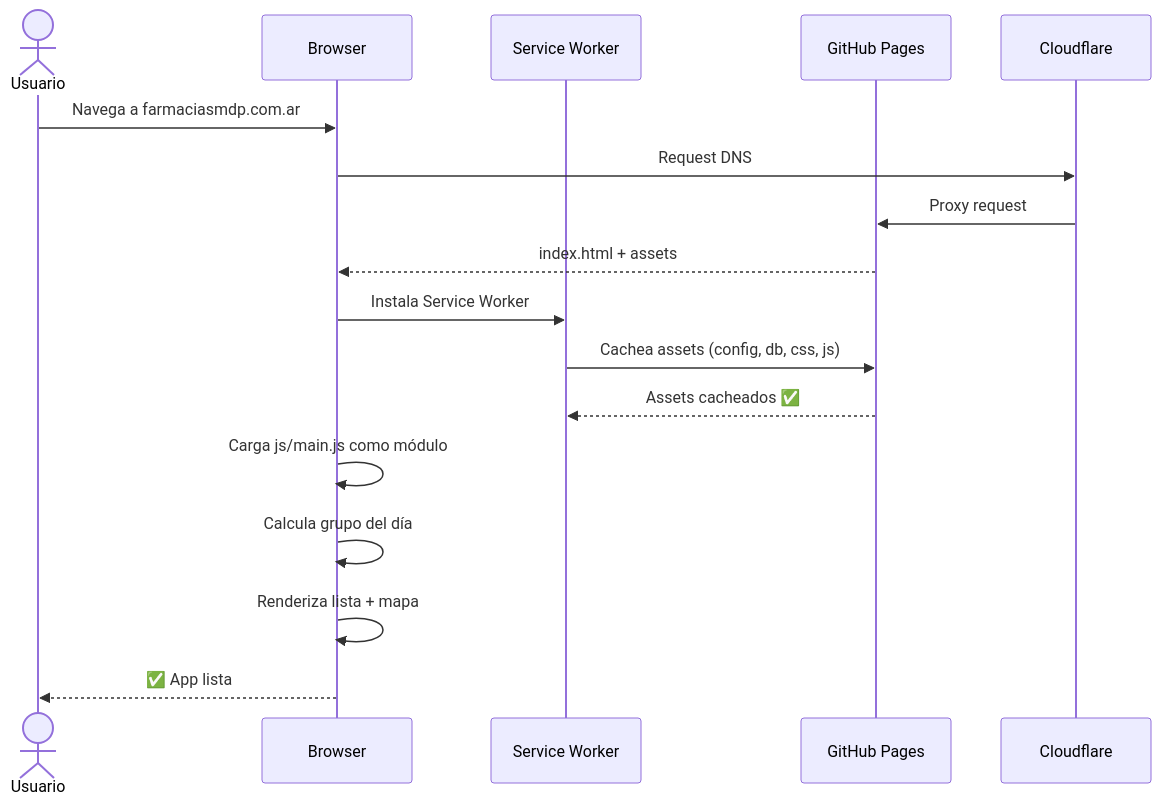
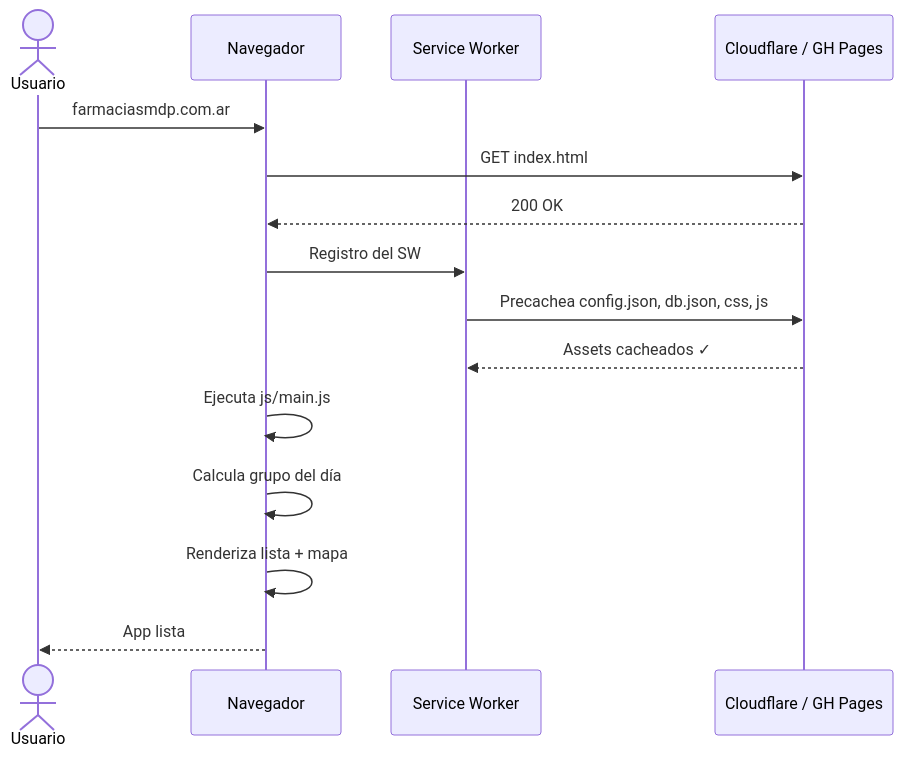
Before and after one commit to psbella/turnos: the third of 6 diagrams in README.md, drawn with Mermaid. The commit also changed other lines of this file, not shown here.

````diff
--- a/README.md
+++ b/README.md
@@ -226,20 +177,18 @@
 ```mermaid
 sequenceDiagram
     actor U as Usuario
-    participant B as Browser
+    participant B as Navegador
     participant SW as Service Worker
-    participant GH as GitHub Pages
-    participant CF as Cloudflare
+    participant CF as Cloudflare / GH Pages
 
-    U->>B: Navega a farmaciasmdp.com.ar
-    B->>CF: Request DNS
-    CF->>GH: Proxy request
-    GH-->>B: index.html + assets
-    B->>SW: Instala Service Worker
-    SW->>GH: Cachea assets (config, db, css, js)
-    GH-->>SW: Assets cacheados ✅
-    B->>B: Carga js/main.js como módulo
+    U->>B: farmaciasmdp.com.ar
+    B->>CF: GET index.html
+    CF-->>B: 200 OK
+    B->>SW: Registro del SW
+    SW->>CF: Precachea config.json, db.json, css, js
+    CF-->>SW: Assets cacheados ✓
+    B->>B: Ejecuta js/main.js
     B->>B: Calcula grupo del día
     B->>B: Renderiza lista + mapa
-    B-->>U: ✅ App lista
+    B-->>U: App lista
 ```
````
